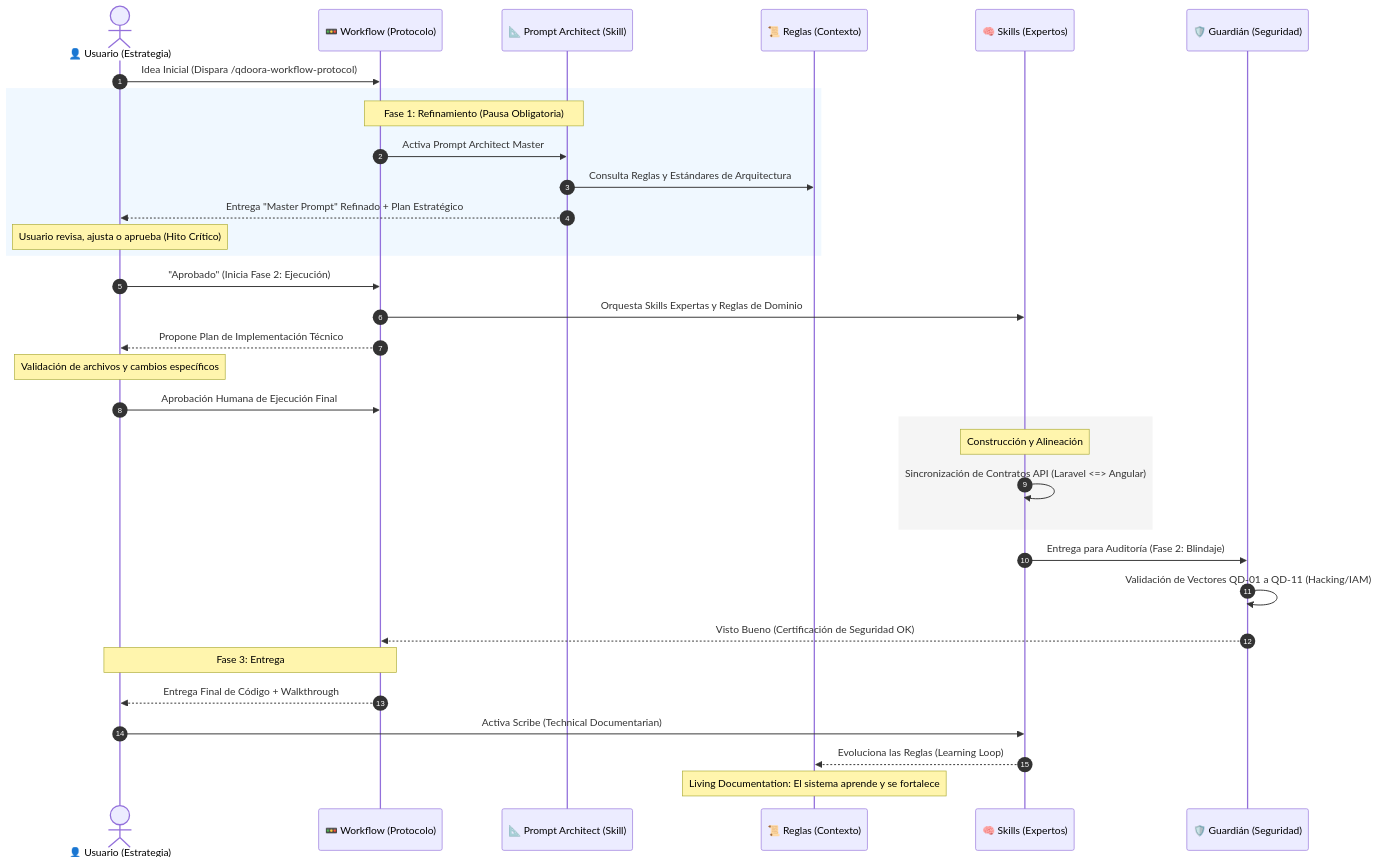
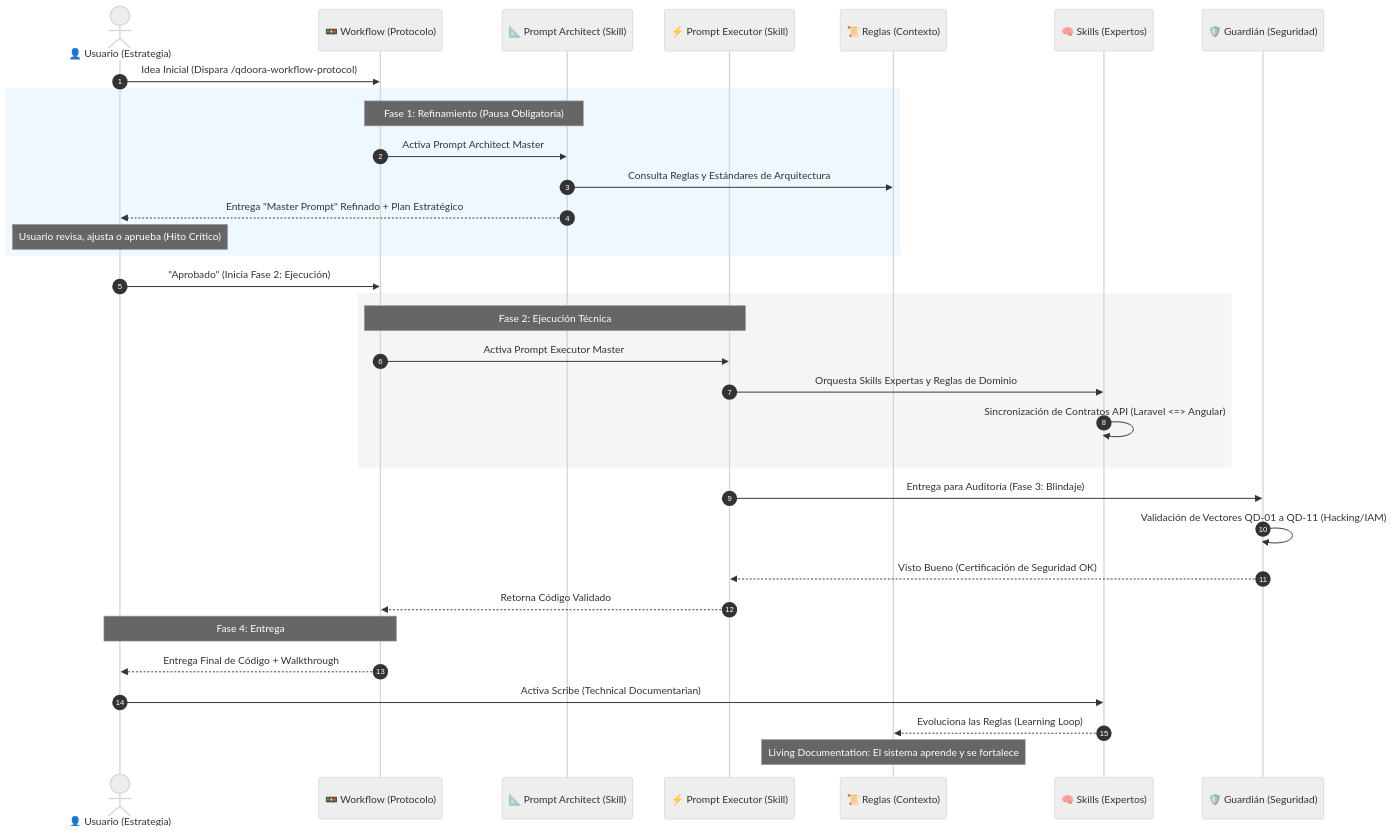
The fourth of 4 diagrams in DIAGRAMA_SEC_IA.md (gerenciaqdoora/qdoora-references), drawn with Mermaid before and after one commit. The commit also changed other lines of this file and 2 other files, not shown here.

Commit message:
docs(ia): rediseñar diagramas de secuencia Mermaid y agregar Prompt Executor

````diff
--- a/DIAGRAMA_SEC_IA.md
+++ b/DIAGRAMA_SEC_IA.md
@@ -88,44 +91,44 @@
 ```mermaid
+%%{init: {'theme': 'neutral'}}%%
 sequenceDiagram
     autonumber
     actor U as 👤 Usuario (Estrategia)
     participant W as 🚥 Workflow (Protocolo)
     participant PA as 📐 Prompt Architect (Skill)
+    participant PE as ⚡ Prompt Executor (Skill)
     participant R as 📜 Reglas (Contexto)
     participant S as 🧠 Skills (Expertos)
     participant G as 🛡️ Guardián (Seguridad)
 
     U->>W: Idea Inicial (Dispara /qdoora-workflow-protocol)
     
     rect rgb(240, 248, 255)
         Note over W, PA: Fase 1: Refinamiento (Pausa Obligatoria)
         W->>PA: Activa Prompt Architect Master
         PA->>R: Consulta Reglas y Estándares de Arquitectura
         PA-->>U: Entrega "Master Prompt" Refinado + Plan Estratégico
         Note over U: Usuario revisa, ajusta o aprueba (Hito Crítico)
     end
 
     U->>W: "Aprobado" (Inicia Fase 2: Ejecución)
 
-    W->>S: Orquesta Skills Expertas y Reglas de Dominio
-    
-    W-->>U: Propone Plan de Implementación Técnico
-    Note over U: Validación de archivos y cambios específicos
-    U->>W: Aprobación Humana de Ejecución Final
-
     rect rgb(245, 245, 245)
-        Note over S: Construcción y Alineación
+        Note over W, PE: Fase 2: Ejecución Técnica
+        W->>PE: Activa Prompt Executor Master
+        PE->>S: Orquesta Skills Expertas y Reglas de Dominio
         S->>S: Sincronización de Contratos API (Laravel <=> Angular)
     end
+    
+    PE->>G: Entrega para Auditoría (Fase 3: Blindaje)
+    G->>G: Validación de Vectores QD-01 a QD-11 (Hacking/IAM)
+    G-->>PE: Visto Bueno (Certificación de Seguridad OK)
+    
+    PE-->>W: Retorna Código Validado
 
-    S->>G: Entrega para Auditoría (Fase 2: Blindaje)
-    G->>G: Validación de Vectores QD-01 a QD-11 (Hacking/IAM)
-    G-->>W: Visto Bueno (Certificación de Seguridad OK)
-
-    Note over W, U: Fase 3: Entrega
+    Note over W, U: Fase 4: Entrega
     W-->>U: Entrega Final de Código + Walkthrough
 
     U->>S: Activa Scribe (Technical Documentarian)
     S-->>R: Evoluciona las Reglas (Learning Loop)
     Note over R: Living Documentation: El sistema aprende y se fortalece
 ```
````
